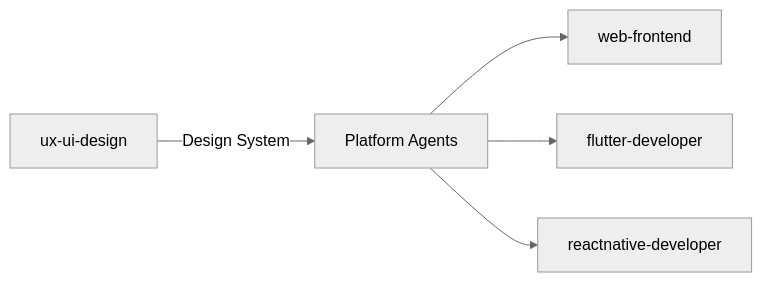
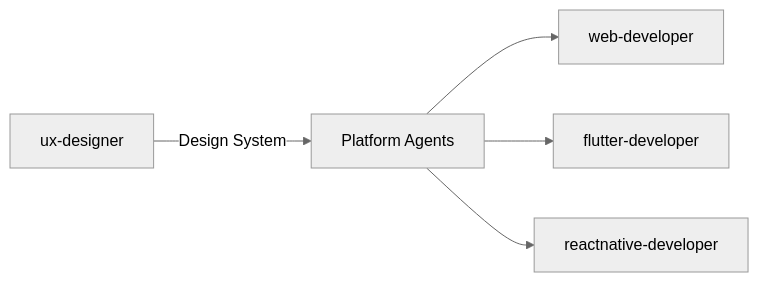
One commit to mudspot/prometheus-agents changed the second of 3 diagrams in README.md. Above: the diagram before and after it, drawn with Mermaid (neutral theme). The commit also changed other lines of this file and 29 other files, not shown here.

````diff
--- a/README.md
+++ b/README.md
@@ -174,7 +174,7 @@
 ```mermaid
 graph LR
-    A[ux-ui-design] -->|Design System| B[Platform Agents]
-    B --> C[web-frontend]
+    A[ux-designer] -->|Design System| B[Platform Agents]
+    B --> C[web-developer]
     B --> D[flutter-developer]
     B --> E[reactnative-developer]
 ```
````
